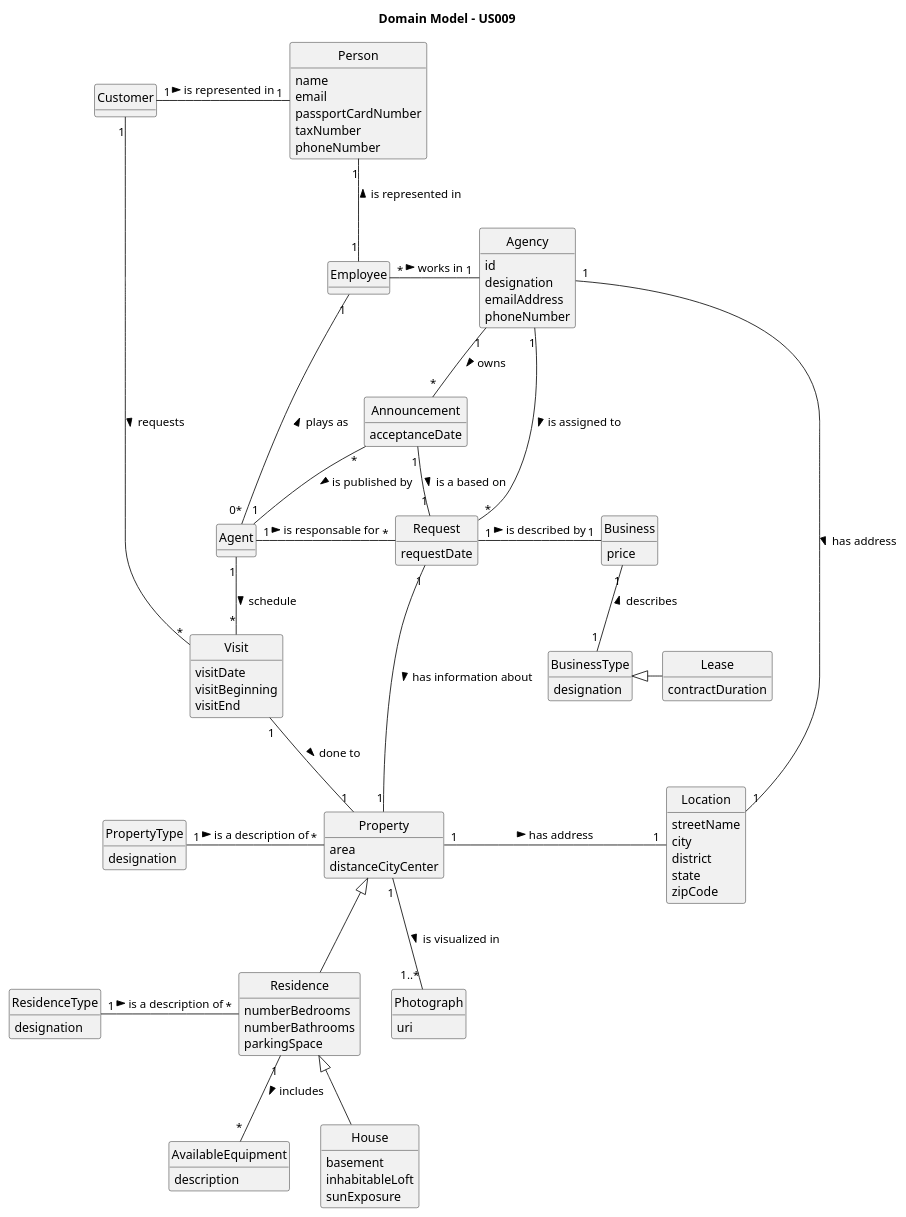
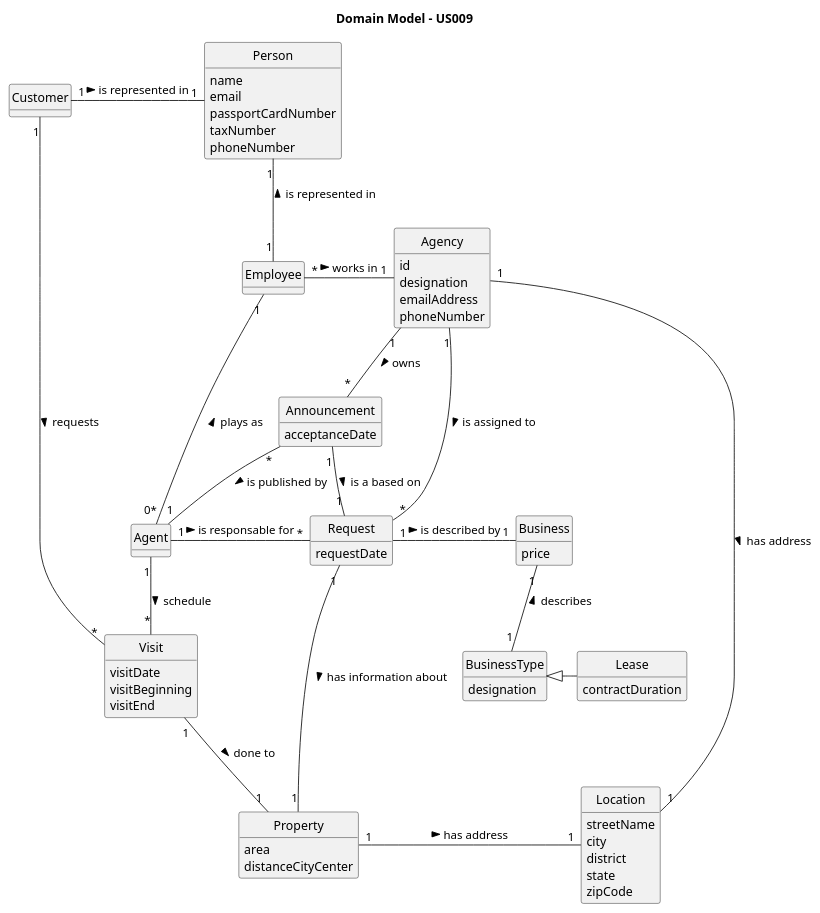
The diagram in docs/sprintC/us009/02.analysis/puml/us009-domain-model.puml (rita-barbosa/LAPR2-2223), drawn with PlantUML before and after one commit.

Commit message:
DM update [US009] [Analysis]

```diff
--- a/docs/sprintC/us009/02.analysis/puml/us009-domain-model.puml
+++ b/docs/sprintC/us009/02.analysis/puml/us009-domain-model.puml
@@ -1,135 +1,102 @@
 @startuml
 skinparam monochrome true
 skinparam packageStyle rectangle
 skinparam shadowing false
 
 skinparam classAttributeIconSize 0
 
 hide circle
 hide methods
 
 title Domain Model - US009
 
 class Visit {
     visitDate
     visitBeginning
     visitEnd
 }
 
 class Customer {
 }
 
 class Request {
     requestDate
 }
 
 class Business {
     price
 }
 
 class BusinessType {
     designation
 }
 
 class Lease {
     contractDuration
 }
 
-class PropertyType {
-    designation
-}
 
 class Agent {
 
 }
 
 class Person {
       name
       email
       passportCardNumber
       taxNumber
       phoneNumber
 }
 
 class Employee {
 }
 
 
 class Agency {
    id
    designation
    emailAddress
    phoneNumber
 }
 
 class Location {
     streetName
     city
     district
     state
     zipCode
 }
 
 class Announcement {
     acceptanceDate
 }
 
-class Photograph {
-    uri
-}
-
 
 class Property {
     area
     distanceCityCenter
 }
 
-class Residence {
-    numberBedrooms
-    numberBathrooms
-    parkingSpace
-}
-
-
-class AvailableEquipment {
-    description
-}
-
-
-class ResidenceType {
-    designation
-}
-
-
-class House {
-    basement
-    inhabitableLoft
-    sunExposure
-}
 
 Announcement "1" - "1" Request : is a based on >
 Agency "1" -- "*" Announcement : owns >
 Agency "1" - "1" Location : has address >
 Agency "1" - "*" Request : is assigned to >
 Customer "1" -- "*" Visit : requests >
 Agent "1" -- "*" Visit : schedule >
 Announcement "*" -- "1" Agent : is published by >
 Agent "1" - "*" Request : is responsable for >
 Agent "0*" -- "1" Employee : plays as >
 Employee "*" -right- "1" Agency : works in >
-Property "1" -- "1..*" Photograph : is visualized in >
 Property "1" - "1" Location : has address >
 Visit "1" -- "1" Property : done to >
-PropertyType "1" - "*" Property : is a description of >
-Residence "1" -- "*" AvailableEquipment : includes >
-Residence -up-|> Property
+
 Lease -left-|> BusinessType
-House -up-|> Residence
-ResidenceType "1" -right- "*" Residence : is a description of >
+
 BusinessType "1" -up- "1" Business : describes >
 Request "1" -right "1" Business : is described by >
 Employee "1" -up- "1" Person : is represented in >
 Customer "1" -right- "1" Person : is represented in >
 Request "1" - "1" Property : has information about >
 
 @enduml
```
